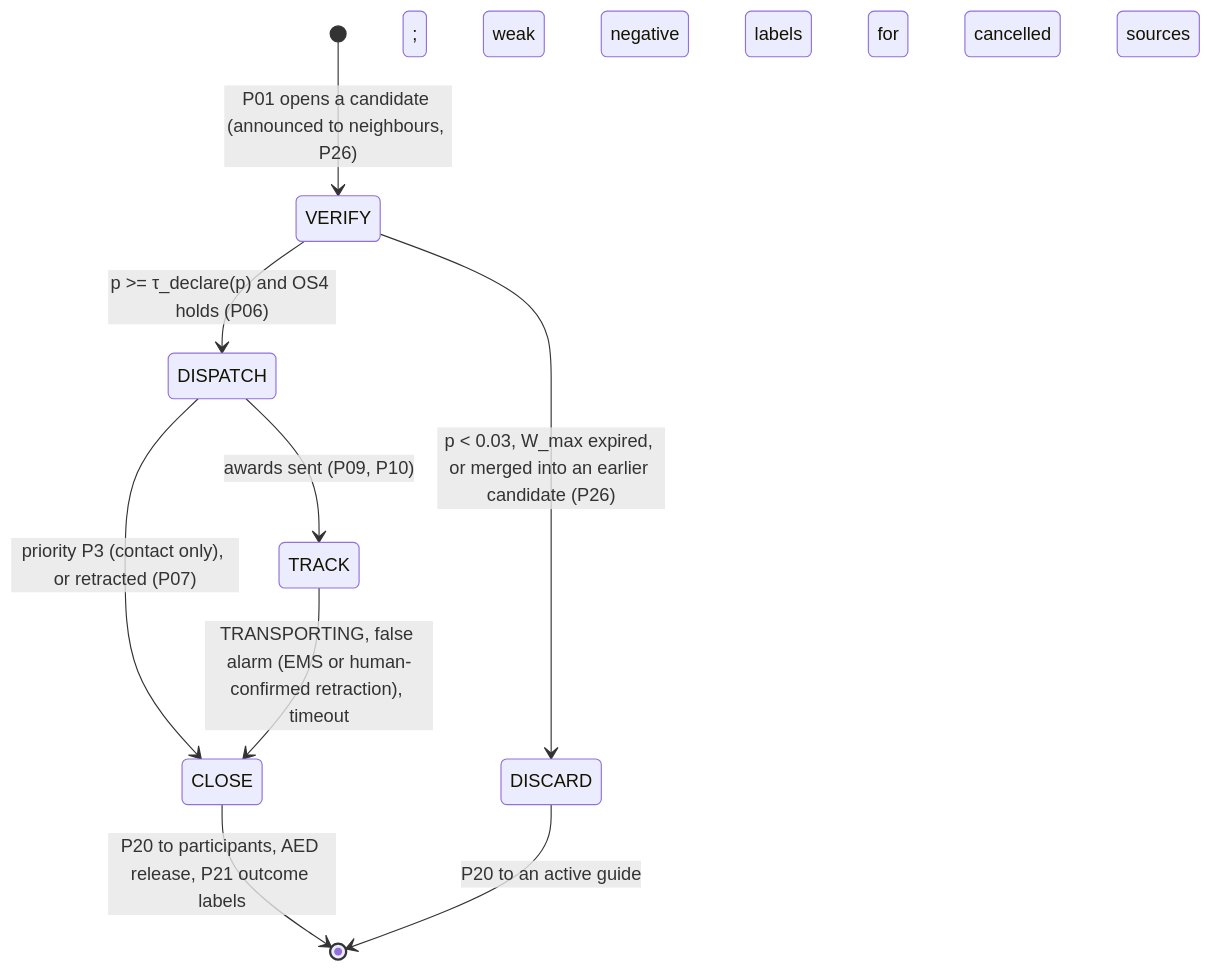
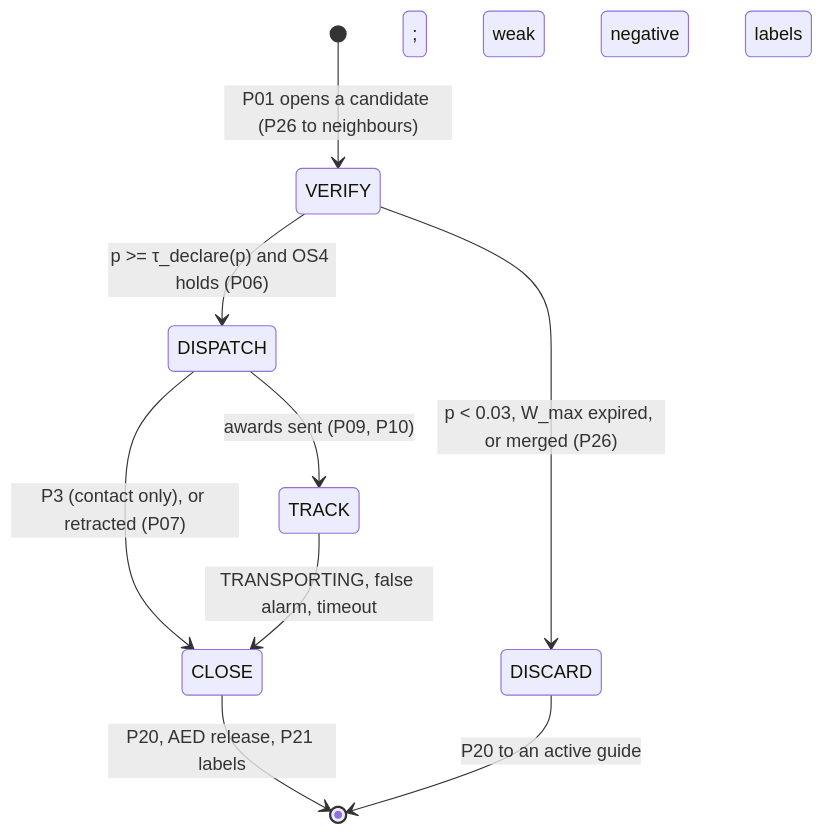
The first of 5 diagrams in docs/03-detailed-design.md (rodrigoilde/fcup-isia), drawn with Mermaid before and after one commit. The commit also changed other lines of this file and 12 other files, not shown here.

````diff
--- a/docs/03-detailed-design.md
+++ b/docs/03-detailed-design.md
@@ -105,11 +74,11 @@
 ```mermaid
 stateDiagram-v2
-    [*] --> VERIFY: P01 opens a candidate (announced to neighbours, P26)
+    [*] --> VERIFY: P01 opens a candidate (P26 to neighbours)
     VERIFY --> DISPATCH: p >= τ_declare(p) and OS4 holds (P06)
-    VERIFY --> DISCARD: p < 0.03, W_max expired, or merged into an earlier candidate (P26)
-    DISPATCH --> CLOSE: priority P3 (contact only), or retracted (P07)
+    VERIFY --> DISCARD: p < 0.03, W_max expired, or merged (P26)
+    DISPATCH --> CLOSE: P3 (contact only), or retracted (P07)
     DISPATCH --> TRACK: awards sent (P09, P10)
-    TRACK --> CLOSE: TRANSPORTING, false alarm (EMS or human-confirmed retraction), timeout
-    CLOSE --> [*]: P20 to participants, AED release, P21 outcome labels
-    DISCARD --> [*]: P20 to an active guide; weak negative labels for cancelled sources
+    TRACK --> CLOSE: TRANSPORTING, false alarm, timeout
+    CLOSE --> [*]: P20, AED release, P21 labels
+    DISCARD --> [*]: P20 to an active guide; weak negative labels
 ```
````
